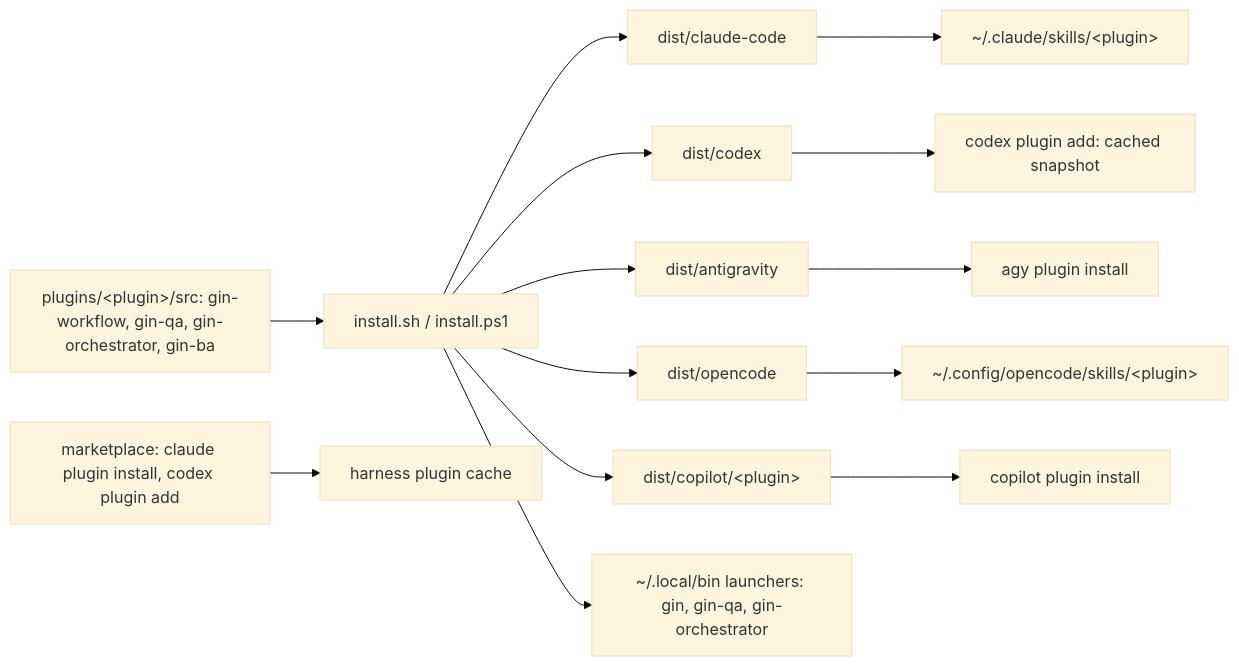
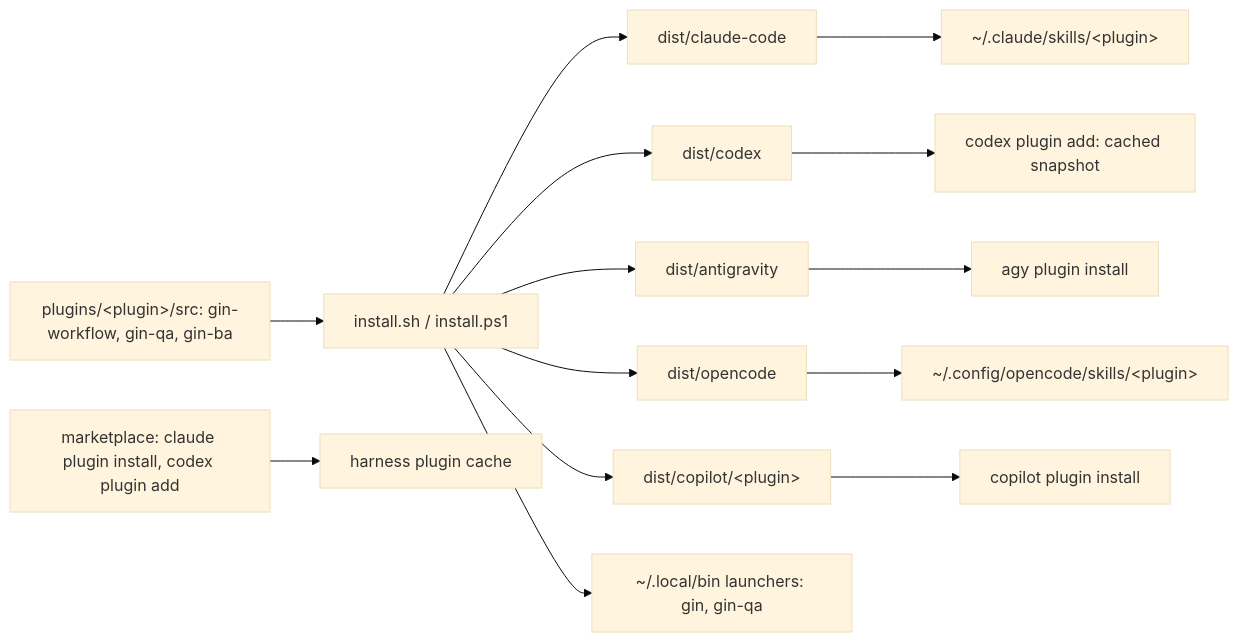
The fifth of 6 diagrams in docs/concepts/architecture.md (giangdhwhtbr/gin-workflow), drawn with Mermaid (base theme) before and after one commit. The commit also changed other lines of this file and 31 other files, not shown here.

Commit message:
docs: gin runs in one harness; remove the orchestrator pages; 3.3.0 changelog and upgrade notes (retire-orchestrator)

````diff
--- a/docs/concepts/architecture.md
+++ b/docs/concepts/architecture.md
@@ -155,16 +137,16 @@
 ```mermaid
 flowchart LR
-    S[plugins/&lt;plugin&gt;/src: gin-workflow, gin-qa, gin-orchestrator, gin-ba] --> I[install.sh / install.ps1]
+    S[plugins/&lt;plugin&gt;/src: gin-workflow, gin-qa, gin-ba] --> I[install.sh / install.ps1]
     I --> D1[dist/claude-code]
     I --> D2[dist/codex]
     I --> D3[dist/antigravity]
     I --> D4[dist/opencode]
     I --> D5[dist/copilot/&lt;plugin&gt;]
-    I --> LCH[~/.local/bin launchers: gin, gin-qa, gin-orchestrator]
+    I --> LCH[~/.local/bin launchers: gin, gin-qa]
     D1 --> C1[~/.claude/skills/&lt;plugin&gt;]
     D2 --> C2[codex plugin add: cached snapshot]
     D3 --> C3[agy plugin install]
     D4 --> C4[~/.config/opencode/skills/&lt;plugin&gt;]
     D5 --> C5[copilot plugin install]
     MK[marketplace: claude plugin install, codex plugin add] --> C1b[harness plugin cache]
 ```
````
